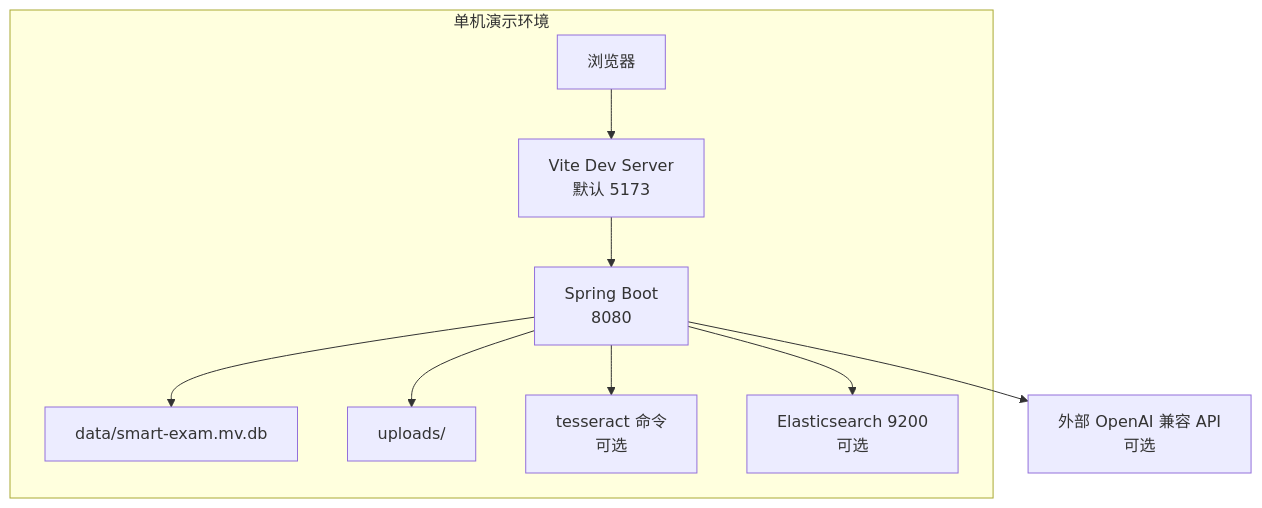
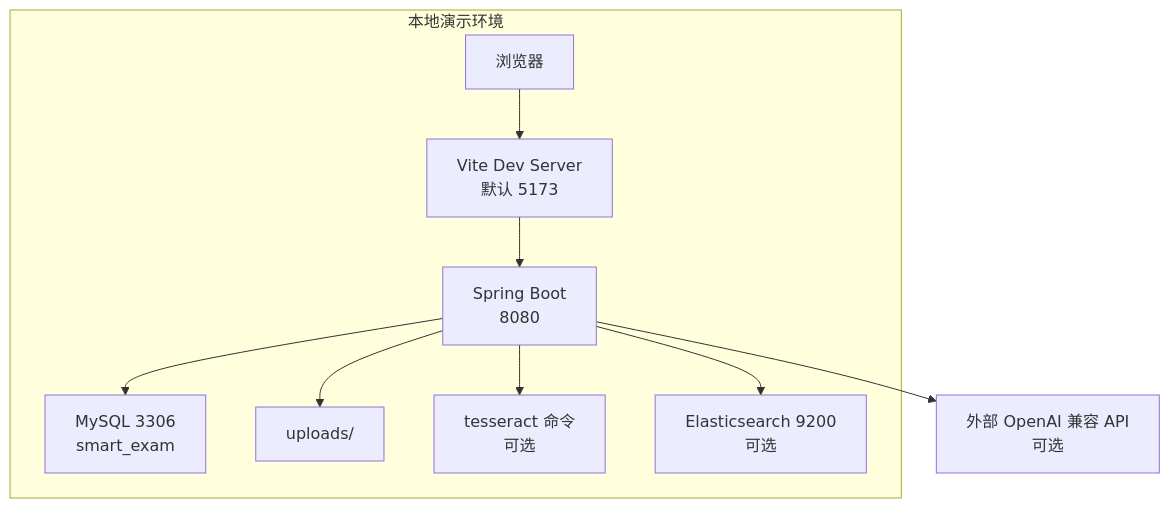
The eighth of 9 diagrams in docs/02-system-architecture.md (LinHonk1128/ips_java), drawn with Mermaid before and after one commit. The commit also changed other lines of this file and 48 other files, not shown here.

````diff
--- a/docs/02-system-architecture.md
+++ b/docs/02-system-architecture.md
@@ -212,20 +234,20 @@
 ```mermaid
 flowchart TB
-    subgraph Local["单机演示环境"]
+    subgraph Local["本地演示环境"]
         Browser["浏览器"]
         Vite["Vite Dev Server<br/>默认 5173"]
         Spring["Spring Boot<br/>8080"]
-        H2["data/smart-exam.mv.db"]
+        MySQL["MySQL 3306<br/>smart_exam"]
         Uploads["uploads/"]
         Tesseract["tesseract 命令<br/>可选"]
         ES["Elasticsearch 9200<br/>可选"]
     end
 
     Browser --> Vite
     Vite --> Spring
-    Spring --> H2
+    Spring --> MySQL
     Spring --> Uploads
     Spring --> Tesseract
     Spring --> ES
     Spring --> ModelAPI["外部 OpenAI 兼容 API<br/>可选"]
 ```
````
